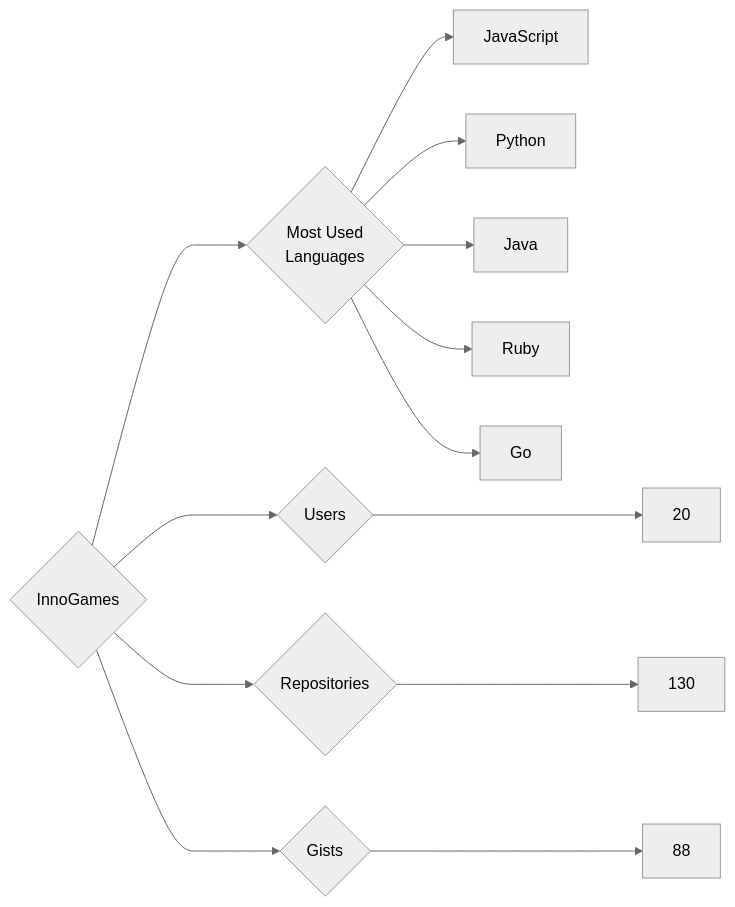
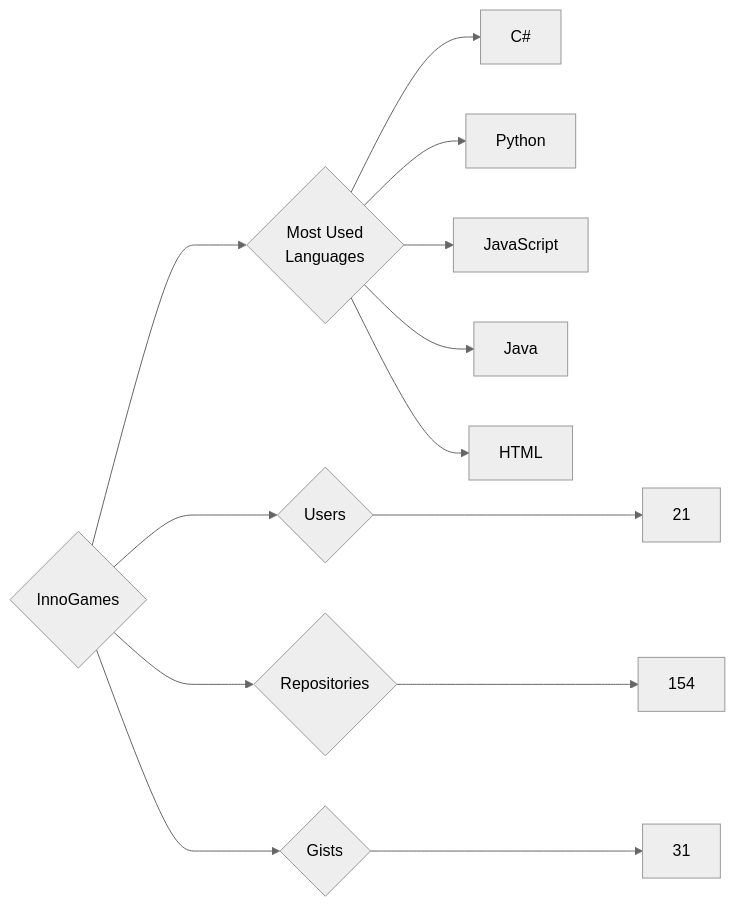
Before and after one commit to trickest/insiders: the diagram in targets/InnoGames/README.md, drawn with Mermaid (neutral theme). The commit also changed 775 other files, not shown here.

````diff
--- a/targets/InnoGames/README.md
+++ b/targets/InnoGames/README.md
@@ -3,13 +3,13 @@
 ```mermaid
 graph LR
 COMPANY_NAME{InnoGames}
-COMPANY_NAME ---> U{Users} ---> UN[20]
-COMPANY_NAME ---> R{Repositories} ---> RN[130]
-COMPANY_NAME ---> G{Gists} ---> GN[88]
+COMPANY_NAME ---> U{Users} ---> UN[21]
+COMPANY_NAME ---> R{Repositories} ---> RN[154]
+COMPANY_NAME ---> G{Gists} ---> GN[31]
 COMPANY_NAME ---> ML{Most Used<br>Languages}
+ML --> C#[C#]
+ML --> Python[Python]
 ML --> JavaScript[JavaScript]
-ML --> Python[Python]
 ML --> Java[Java]
-ML --> Ruby[Ruby]
-ML --> Go[Go]
+ML --> HTML[HTML]
 ```
````
